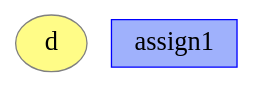
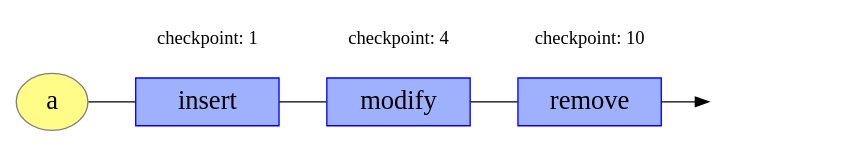
One commit to dew-uff/versioned-prov changed the diagram in generated/presentation/timeline.dot. Above: the diagram before and after it, drawn with Graphviz. The commit also changed 52 other files, not shown here.

```diff
--- a/generated/presentation/timeline.dot
+++ b/generated/presentation/timeline.dot
@@ -1,4 +1,30 @@
 digraph "PROV" { size="16,12"; rankdir="BT";
-"http://example.org/d" [fillcolor="#FFFC87",color="#808080",style="filled",label="d",URL="http://example.org/d",fontsize="20"]
-"http://example.org/assign1" [fillcolor="#9FB1FC",color="#0000FF",shape="polygon",sides="4",style="filled",label="assign1",URL="http://example.org/assign1",fontsize="20"]
+ranksep=0.05
+color=white
+"g/modify" [shape=box color=white fixedsize=true width=1.5]
+"g/remove" [shape=box color=white fixedsize=true width=1.5]
+"g/insert" [shape=box color=white fixedsize=true width=1.5]
+edge [minlen=2]
+
+"g/a" [fillcolor="#FFFC87",color="#808080",style="filled",label="a",URL="g/a",fontsize="20"]
+"g/insert" [fillcolor="#9FB1FC",color="#0000FF",shape="polygon",sides="4",style="filled",label="insert",URL="g/insert",fontsize="20"]
+"g/remove" [fillcolor="#9FB1FC",color="#0000FF",shape="polygon",sides="4",style="filled",label="remove",URL="g/remove",fontsize="20"]
+"g/modify" [fillcolor="#9FB1FC",color="#0000FF",shape="polygon",sides="4",style="filled",label="modify",URL="g/modify",fontsize="20"]
+
+
+    color=white
+    node [shape=box color=white fixedsize=true width=1.5]
+    chk1 [label="checkpoint: 1" ]
+    chk10 [label="checkpoint: 10"]
+    chk4 [label="checkpoint: 4" ]
+    "g/insert" -> chk1  [style=invis minlen=1]
+    "g/remove" -> chk10 [style=invis minlen=1]
+    "g/modify" -> chk4  [style=invis minlen=1]
+    
+    "g/a" -> "g/insert" -> "g/modify" -> "g/remove" [arrowhead=none]
+    end [label="" shape=box color=white fixedsize=true width=1.5]
+    "g/remove" -> end
+
+    
+{rank=same "g/a" "g/insert"  "g/modify"  "g/remove" end}
 }
```
